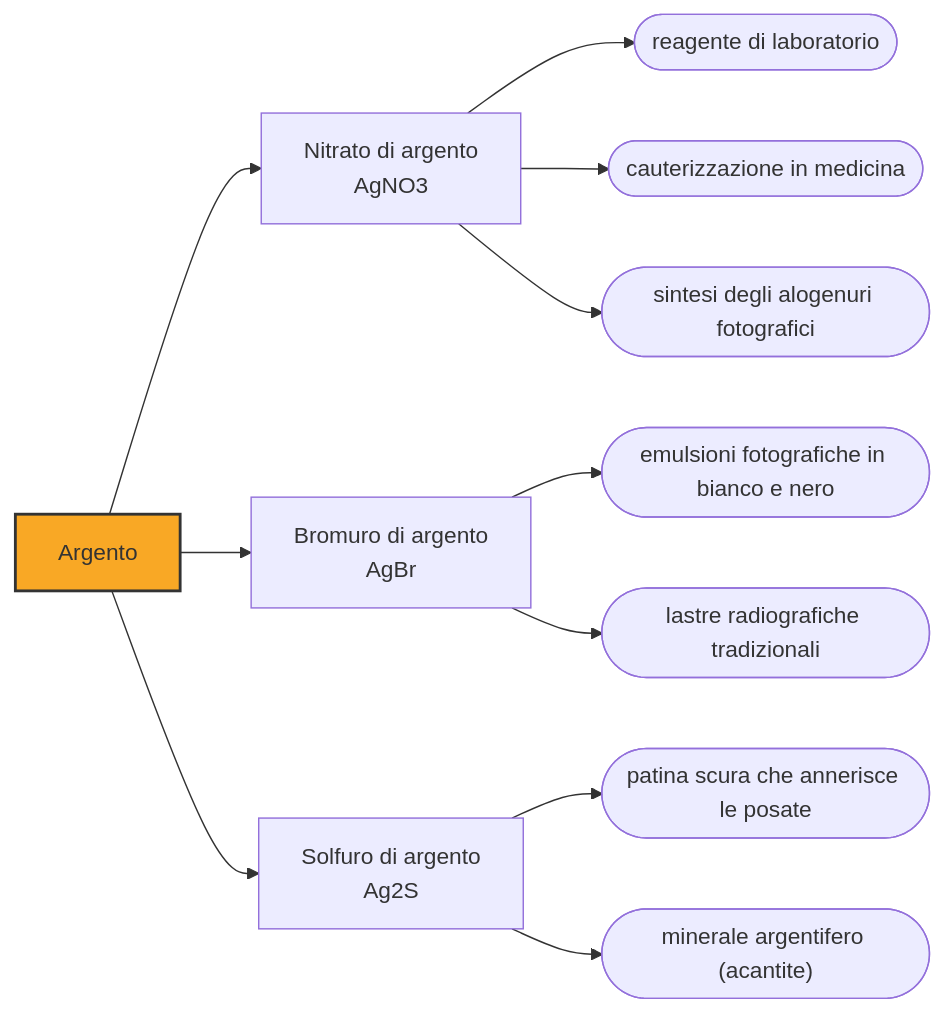
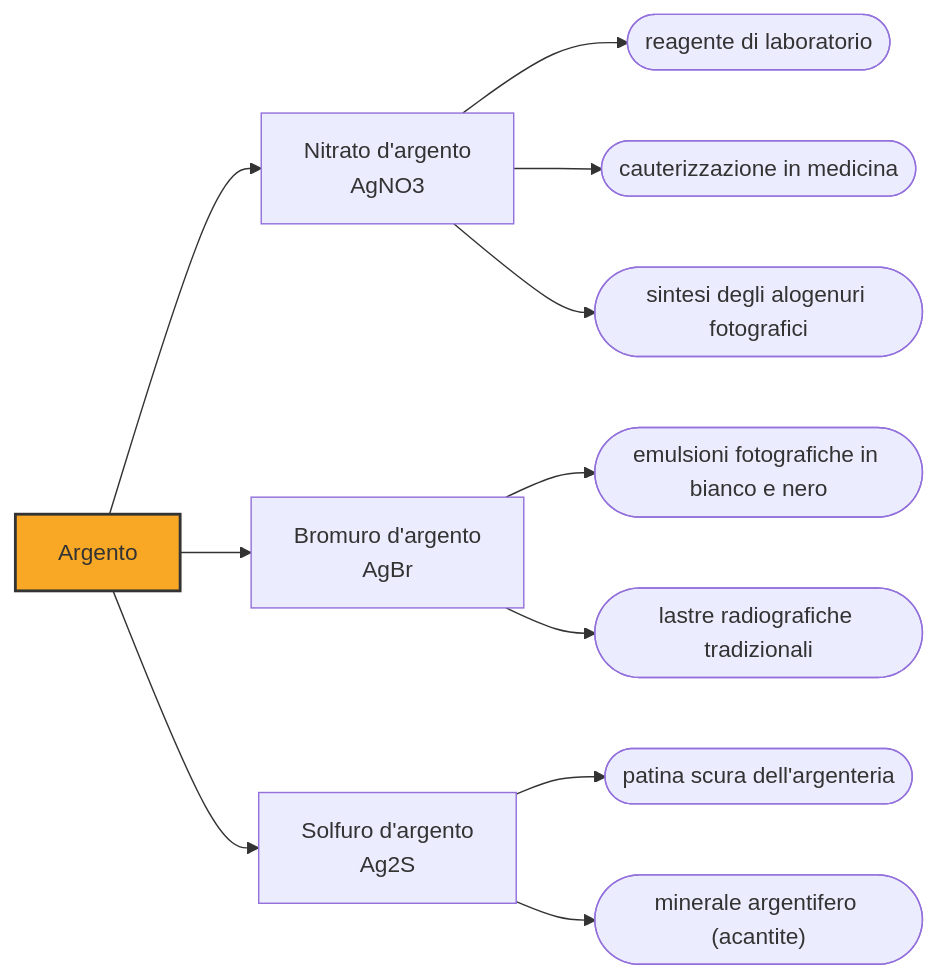
The third of 3 diagrams in vault/Elementi/Argento.md (gianlucaciarcelluti/elements-caos), drawn with Mermaid before and after one commit. The commit also changed 16 other files, not shown here.

First line of the commit message:
fix: l'apostrofo resta nelle etichette Mermaid, e altre due correzioni di resa

````diff
--- a/vault/Elementi/Argento.md
+++ b/vault/Elementi/Argento.md
@@ -98,25 +98,25 @@
 ```mermaid
 flowchart LR
     E["Argento"]
-    C1["Nitrato di argento<br/>AgNO3"]
+    C1["Nitrato d'argento<br/>AgNO3"]
     E --> C1
     U1(["reagente di laboratorio"])
     C1 --> U1
     U2(["cauterizzazione in medicina"])
     C1 --> U2
     U3(["sintesi degli alogenuri fotografici"])
     C1 --> U3
-    C2["Bromuro di argento<br/>AgBr"]
+    C2["Bromuro d'argento<br/>AgBr"]
     E --> C2
     U4(["emulsioni fotografiche in bianco e nero"])
     C2 --> U4
     U5(["lastre radiografiche tradizionali"])
     C2 --> U5
-    C3["Solfuro di argento<br/>Ag2S"]
+    C3["Solfuro d'argento<br/>Ag2S"]
     E --> C3
-    U6(["patina scura che annerisce le posate"])
+    U6(["patina scura dell'argenteria"])
     C3 --> U6
     U7(["minerale argentifero (acantite)"])
     C3 --> U7
     style E fill:#f9a825,stroke:#333,stroke-width:2px
 ```
````
